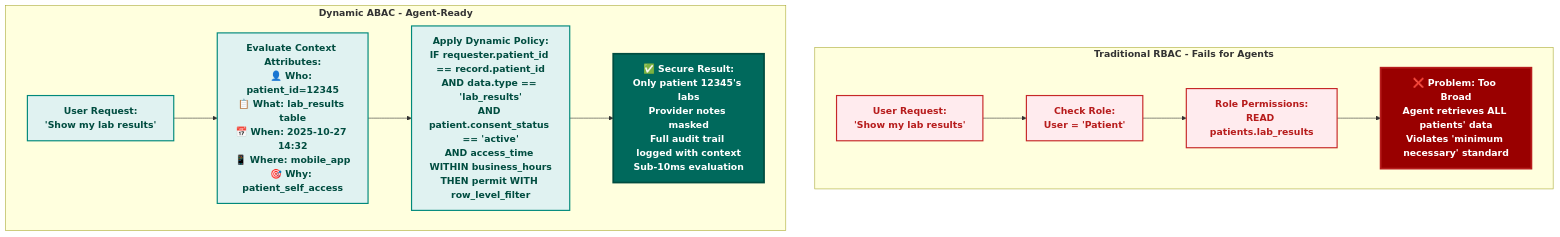
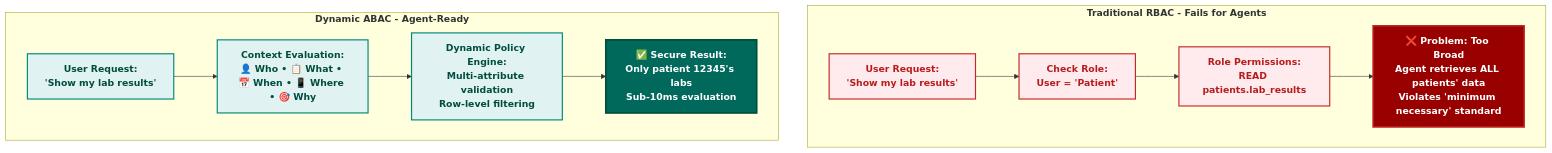
One commit to colaberry/enterprise-data-readiness-ai-agents changed the third of 11 diagrams in chapter-02/chapter_2_complete.md. Above: the diagram before and after it, drawn with Mermaid. The commit also changed other lines of this file, not shown here.

First line of the commit message:
diagrams simplified and updated

````diff
--- a/chapter-02/chapter_2_complete.md
+++ b/chapter-02/chapter_2_complete.md
@@ -320,34 +243,34 @@
 ```mermaid
 graph TB
     subgraph "<b>Traditional RBAC - Fails for Agents</b>"
         R1["<b>User Request:</b><br/><b>'Show my lab results'</b>"]
         R2["<b>Check Role:</b><br/><b>User = 'Patient'</b>"]
         R3["<b>Role Permissions:</b><br/><b>READ patients.lab_results</b>"]
         R4["<b>❌ Problem: Too Broad</b><br/><b>Agent retrieves ALL patients' data</b><br/><b>Violates 'minimum necessary' standard</b>"]
         
         R1 --> R2
         R2 --> R3
         R3 --> R4
     end
     
     subgraph "<b>Dynamic ABAC - Agent-Ready</b>"
         A1["<b>User Request:</b><br/><b>'Show my lab results'</b>"]
-        A2["<b>Evaluate Context Attributes:</b><br/><b>👤 Who: patient_id=12345</b><br/><b>📋 What: lab_results table</b><br/><b>📅 When: 2025-10-27 14:32</b><br/><b>📱 Where: mobile_app</b><br/><b>🎯 Why: patient_self_access</b>"]
-        A3["<b>Apply Dynamic Policy:</b><br/><b>IF requester.patient_id == record.patient_id</b><br/><b>AND data.type == 'lab_results'</b><br/><b>AND patient.consent_status == 'active'</b><br/><b>AND access_time WITHIN business_hours</b><br/><b>THEN permit WITH row_level_filter</b>"]
-        A4["<b>✅ Secure Result:</b><br/><b>Only patient 12345's labs</b><br/><b>Provider notes masked</b><br/><b>Full audit trail logged with context</b><br/><b>Sub-10ms evaluation</b>"]
+        A2["<b>Context Evaluation:</b><br/><b>👤 Who • 📋 What • 📅 When • 📱 Where • 🎯 Why</b>"]
+        A3["<b>Dynamic Policy Engine:</b><br/><b>Multi-attribute validation</b><br/><b>Row-level filtering</b>"]
+        A4["<b>✅ Secure Result:</b><br/><b>Only patient 12345's labs</b><br/><b>Sub-10ms evaluation</b>"]
         
         A1 --> A2
         A2 --> A3
         A3 --> A4
     end
     
     style R1 fill:#ffebee,stroke:#c62828,stroke-width:2px,color:#b71c1c
     style R2 fill:#ffebee,stroke:#c62828,stroke-width:2px,color:#b71c1c
     style R3 fill:#ffebee,stroke:#c62828,stroke-width:2px,color:#b71c1c
     style R4 fill:#990000,color:#ffffff,stroke:#b71c1c,stroke-width:3px
     
     style A1 fill:#e0f2f1,stroke:#00897b,stroke-width:2px,color:#004d40
     style A2 fill:#e0f2f1,stroke:#00897b,stroke-width:2px,color:#004d40
     style A3 fill:#e0f2f1,stroke:#00897b,stroke-width:2px,color:#004d40
     style A4 fill:#00695c,color:#ffffff,stroke:#004d40,stroke-width:3px
 ```
````
